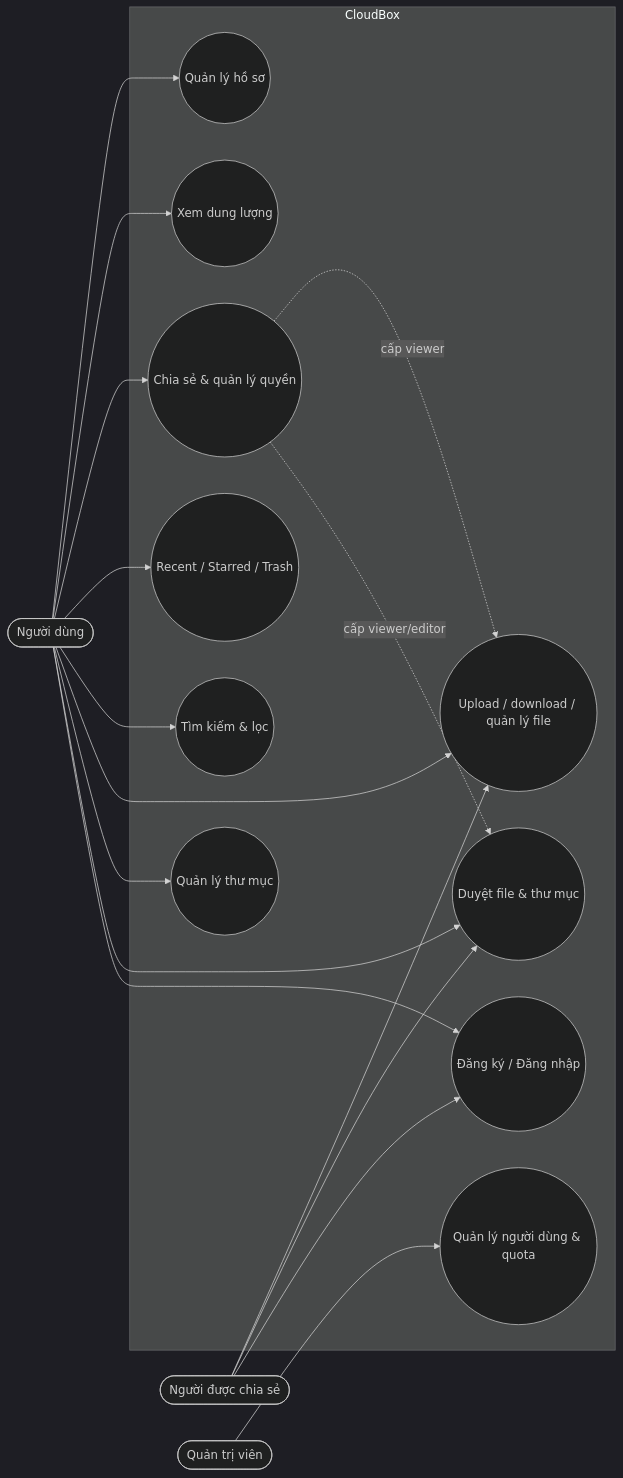
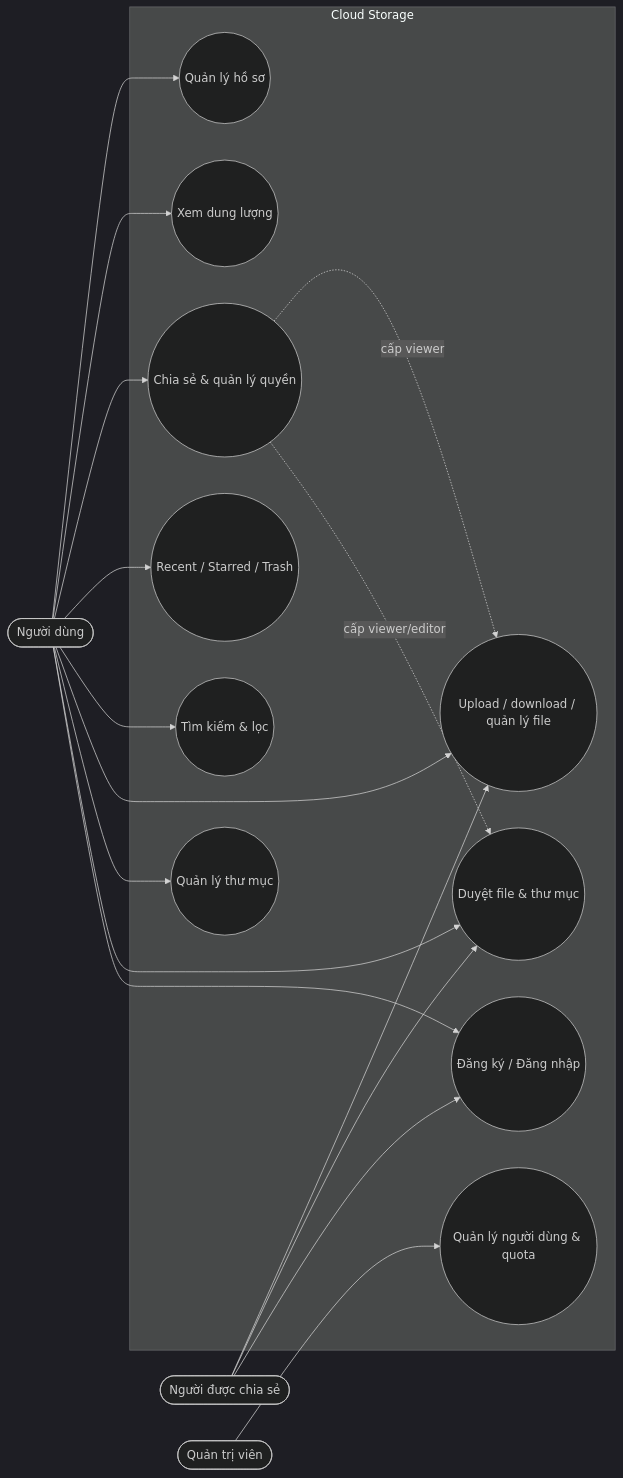
One commit to tandaoduy/cloud-storage-mobile changed the first of 3 diagrams in docs/DIAGRAMS.md. Above: the diagram before and after it, drawn with Mermaid (dark theme). The commit also changed other lines of this file and 38 other files, not shown here.

````diff
--- a/docs/DIAGRAMS.md
+++ b/docs/DIAGRAMS.md
@@ -5,35 +5,35 @@
 ```mermaid
 flowchart LR
     user([Người dùng])
     recipient([Người được chia sẻ])
     admin([Quản trị viên])
 
-    subgraph cloudbox[CloudBox]
+    subgraph cloud_storage[Cloud Storage]
       auth((Đăng ký / Đăng nhập))
       browse((Duyệt file & thư mục))
       folder((Quản lý thư mục))
       file((Upload / download / quản lý file))
       search((Tìm kiếm & lọc))
       starred((Recent / Starred / Trash))
       share((Chia sẻ & quản lý quyền))
       quota((Xem dung lượng))
       account((Quản lý hồ sơ))
       users((Quản lý người dùng & quota))
     end
 
     user --> auth
     user --> browse
     user --> folder
     user --> file
     user --> search
     user --> starred
     user --> share
     user --> quota
     user --> account
     recipient --> auth
     recipient --> browse
     recipient --> file
     admin --> users
     share -. cấp viewer/editor .-> browse
     share -. cấp viewer .-> file
 ```
````
